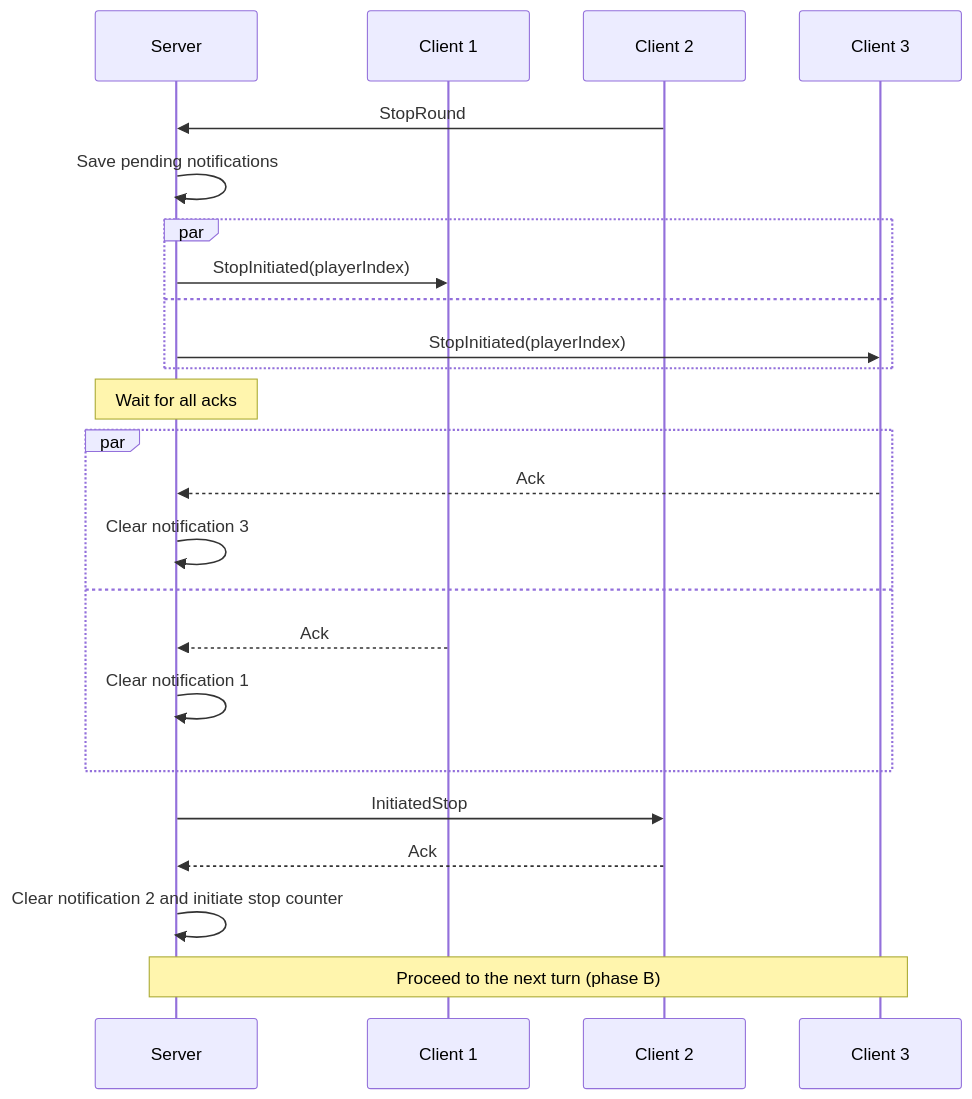
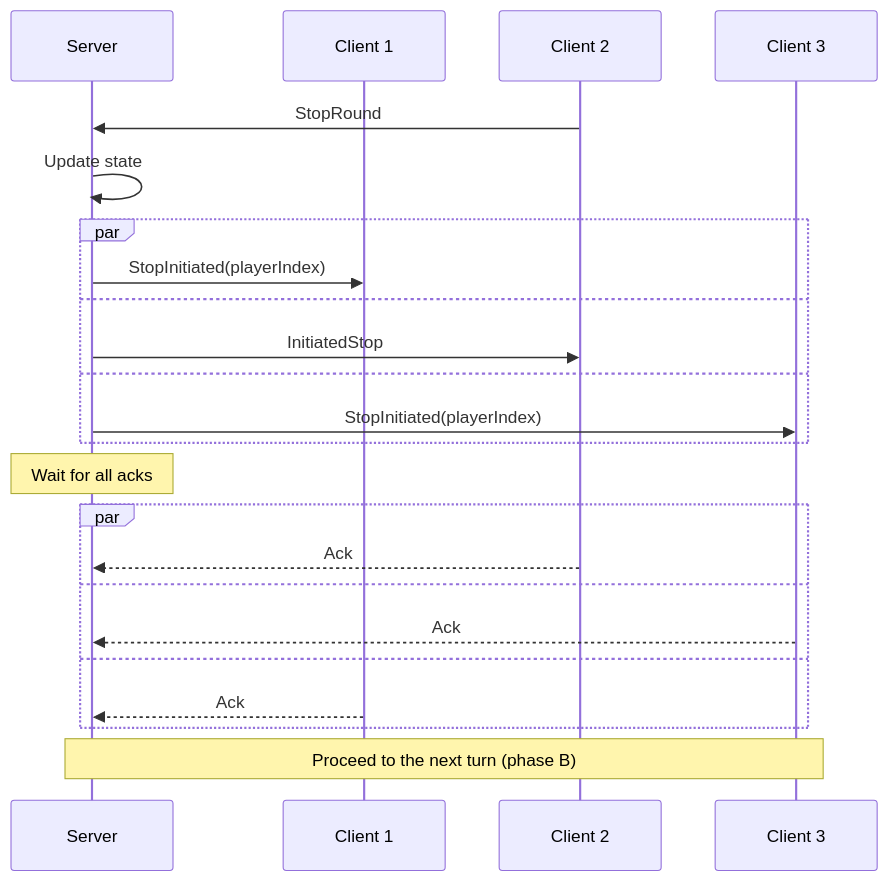
Before and after one commit to roman-zubarevich/another: the eighth of 15 diagrams in README.md, drawn with Mermaid. The commit also changed other lines of this file, not shown here.

````diff
--- a/README.md
+++ b/README.md
@@ -220,26 +209,25 @@
 ```mermaid
 sequenceDiagram
     participant S as Server
     participant C1 as Client 1
     participant C2 as Client 2
     participant C3 as Client 3
     C2->>S: StopRound
-    S->>S: Save pending notifications
+    S->>S: Update state
     par
         S->>C1: StopInitiated(playerIndex)
+    and
+        S->>C2: InitiatedStop
     and
         S->>C3: StopInitiated(playerIndex)
     end
     Note over S: Wait for all acks
     par
+        C2-->>S: Ack
+    and
         C3-->>S: Ack
-        S->>S: Clear notification 3
     and
         C1-->>S: Ack
-        S->>S: Clear notification 1
     end
-    S->>C2: InitiatedStop
-    C2-->>S: Ack
-    S->>S: Clear notification 2 and initiate stop counter
     Note over S,C3: Proceed to the next turn (phase B)
 ```
````
